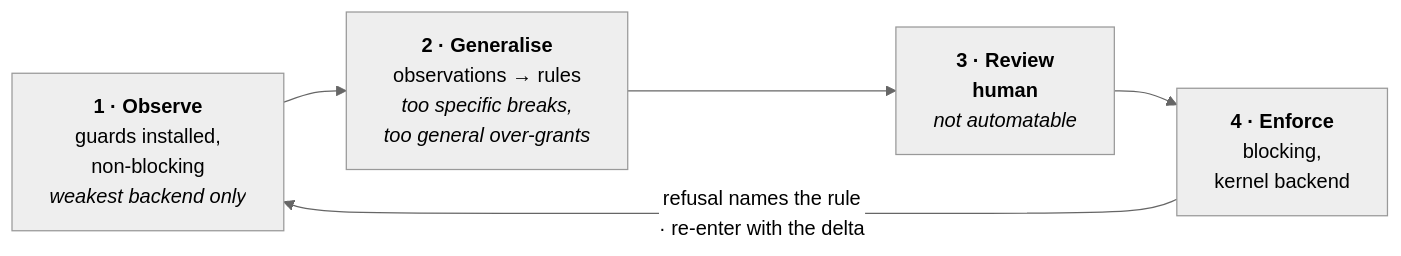
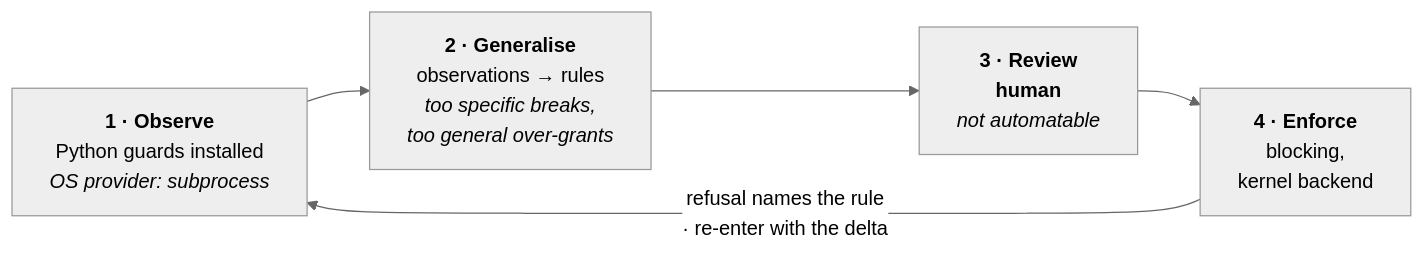
Before and after one commit to pprados/pysandboxes: the fifth of 7 diagrams in research/confining-python-by-observation.md, drawn with Mermaid (neutral theme). The commit also changed other lines of this file, not shown here.

````diff
--- a/research/confining-python-by-observation.md
+++ b/research/confining-python-by-observation.md
@@ -268,10 +271,10 @@
 ```mermaid
 %% caption: The four phases of policy inference, and the loop that closes it
 flowchart LR
-    A["<b>1 · Observe</b><br/>guards installed,<br/>non-blocking<br/><i>weakest backend only</i>"]
+    A["<b>1 · Observe</b><br/>Python guards installed<br/><i>OS provider: subprocess</i>"]
     B["<b>2 · Generalise</b><br/>observations → rules<br/><i>too specific breaks,<br/>too general over-grants</i>"]
     C["<b>3 · Review</b><br/><b>human</b><br/><i>not automatable</i>"]
     D["<b>4 · Enforce</b><br/>blocking,<br/>kernel backend"]
     A --> B --> C --> D
     D -- "refusal names the rule<br/>· re-enter with the delta" --> A
 ```
````
